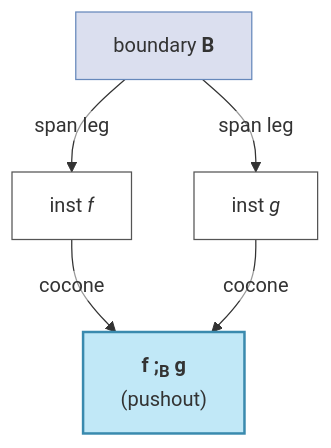
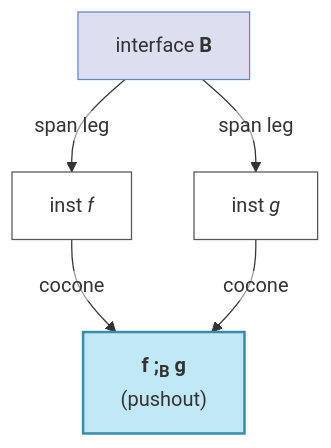
Before and after one commit to mit-zardini-lab/pyncd: the diagram in papers/graded_prop.md, drawn with Mermaid. The commit also changed other lines of this file, not shown here.

````diff
--- a/papers/graded_prop.md
+++ b/papers/graded_prop.md
@@ -165,20 +169,20 @@
 ```mermaid
 %%{init: {'theme': 'default', 'themeVariables': {'edgeLabelBackground': '#ffffff00'}}}%%
 graph TD
-    B["boundary <b>B</b>"]
+    B["interface <b>B</b>"]
     F["inst <i>f</i>"]
     G["inst <i>g</i>"]
     P["<b>f ;<sub>B</sub> g</b><br/>(pushout)"]
 
     B -->|"span leg"| F
     B -->|"span leg"| G
     F -->|"cocone"| P
     G -->|"cocone"| P
 
     classDef bnd fill:#DBDFEF,stroke:#6688bb,stroke-width:1px
     classDef inst fill:#ffffff,stroke:#555555,stroke-width:1px
     classDef po fill:#C1E8F7,stroke:#3a8aae,stroke-width:2px
     class B bnd
     class F,G inst
     class P po
 ```
````
